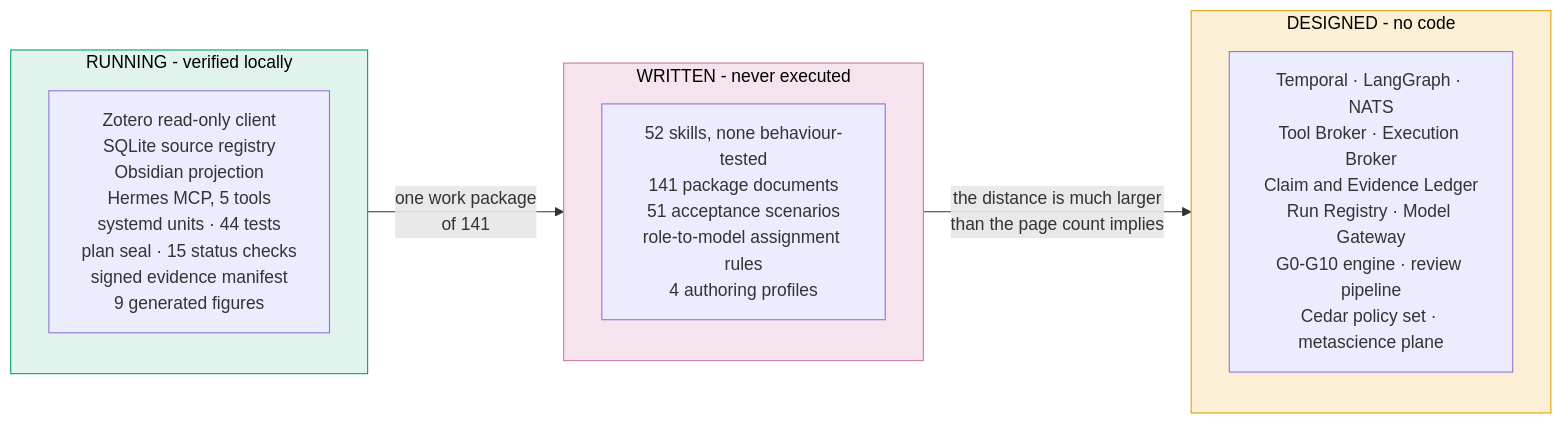
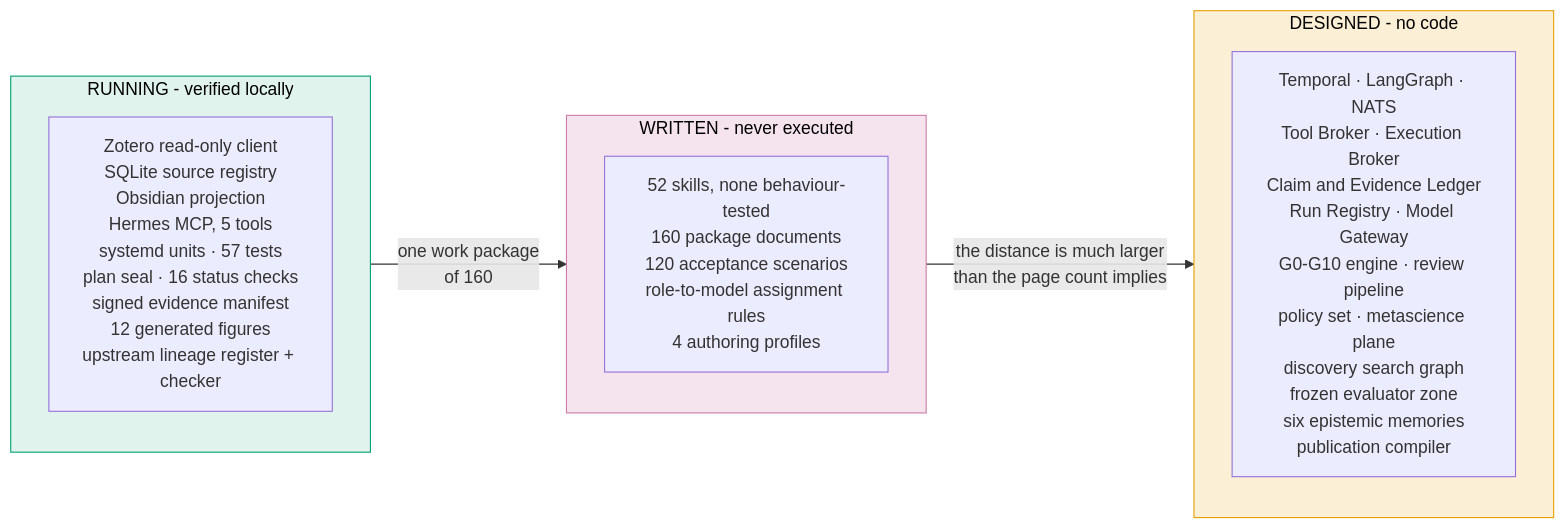
One commit to furkanhanilci/AETHRION changed diagram 14 of 16 in README.md. Above: the diagram before and after it, drawn with Mermaid. The commit also changed other lines of this file and 824 other files, not shown here.

````diff
--- a/README.md
+++ b/README.md
@@ -675,17 +802,17 @@
 ```mermaid
 flowchart LR
     subgraph WORKING["RUNNING - verified locally"]
-        W["Zotero read-only client<br/>SQLite source registry<br/>Obsidian projection<br/>Hermes MCP, 5 tools<br/>systemd units · 44 tests<br/>plan seal · 15 status checks<br/>signed evidence manifest<br/>9 generated figures"]
+        W["Zotero read-only client<br/>SQLite source registry<br/>Obsidian projection<br/>Hermes MCP, 5 tools<br/>systemd units · 57 tests<br/>plan seal · 16 status checks<br/>signed evidence manifest<br/>12 generated figures<br/>upstream lineage register + checker"]
     end
     subgraph WRITTEN["WRITTEN - never executed"]
-        S["52 skills, none behaviour-tested<br/>141 package documents<br/>51 acceptance scenarios<br/>role-to-model assignment rules<br/>4 authoring profiles"]
+        S["52 skills, none behaviour-tested<br/>160 package documents<br/>120 acceptance scenarios<br/>role-to-model assignment rules<br/>4 authoring profiles"]
     end
     subgraph DESIGNED["DESIGNED - no code"]
-        D["Temporal · LangGraph · NATS<br/>Tool Broker · Execution Broker<br/>Claim and Evidence Ledger<br/>Run Registry · Model Gateway<br/>G0-G10 engine · review pipeline<br/>Cedar policy set · metascience plane"]
+        D["Temporal · LangGraph · NATS<br/>Tool Broker · Execution Broker<br/>Claim and Evidence Ledger<br/>Run Registry · Model Gateway<br/>G0-G10 engine · review pipeline<br/>policy set · metascience plane<br/>discovery search graph<br/>frozen evaluator zone<br/>six epistemic memories<br/>publication compiler"]
     end
-    WORKING -->|"one work package<br/>of 141"| WRITTEN
+    WORKING -->|"one work package<br/>of 160"| WRITTEN
     WRITTEN -->|"the distance is much larger<br/>than the page count implies"| DESIGNED
     style WORKING fill:#E0F3EC,stroke:#009E73,color:#000
     style WRITTEN fill:#F5E4EE,stroke:#CC79A7,color:#000
     style DESIGNED fill:#FBEFD6,stroke:#E69F00,color:#000
 ```
````
